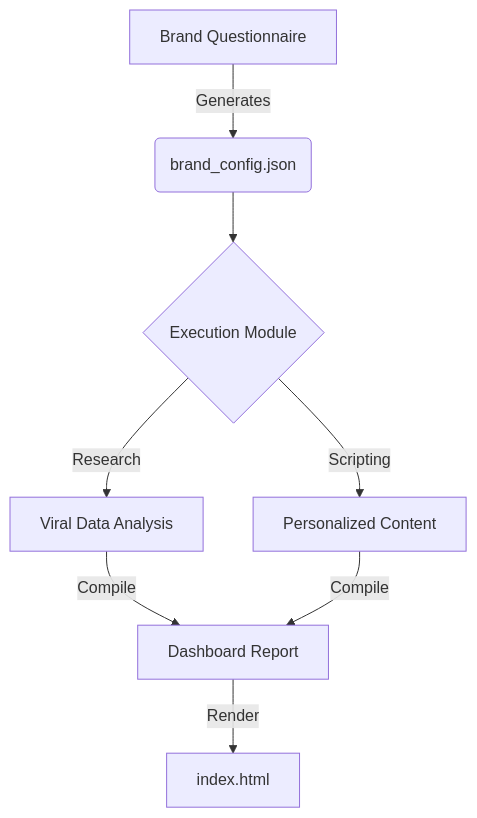
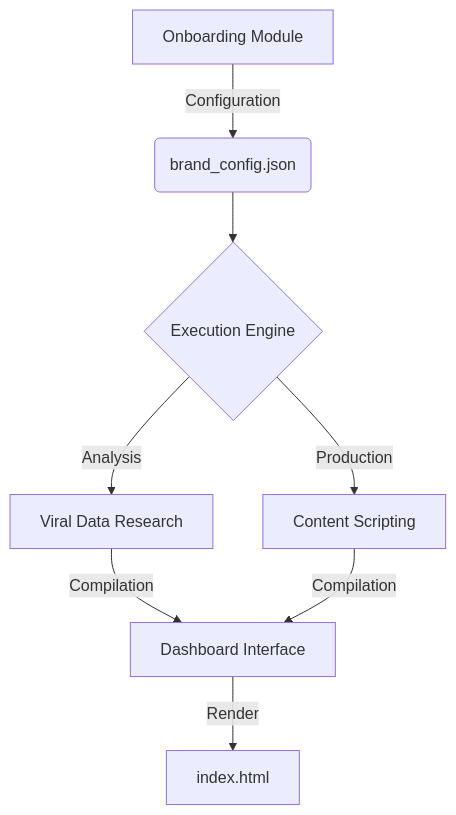
Before and after one commit to lakshcode9/personal-brand-doc-generator-v2: the diagram in README.md, drawn with Mermaid. The commit also changed other lines of this file, not shown here.

````diff
--- a/README.md
+++ b/README.md
@@ -101,9 +103,9 @@
 ```mermaid
 graph TD
-    A[Brand Questionnaire] -->|Generates| B(brand_config.json)
-    B --> C{Execution Module}
-    C -->|Research| D[Viral Data Analysis]
-    C -->|Scripting| E[Personalized Content]
-    D & E -->|Compile| F[Dashboard Report]
+    A[Onboarding Module] -->|Configuration| B(brand_config.json)
+    B --> C{Execution Engine}
+    C -->|Analysis| D[Viral Data Research]
+    C -->|Production| E[Content Scripting]
+    D & E -->|Compilation| F[Dashboard Interface]
     F -->|Render| G[index.html]
 ```
````
